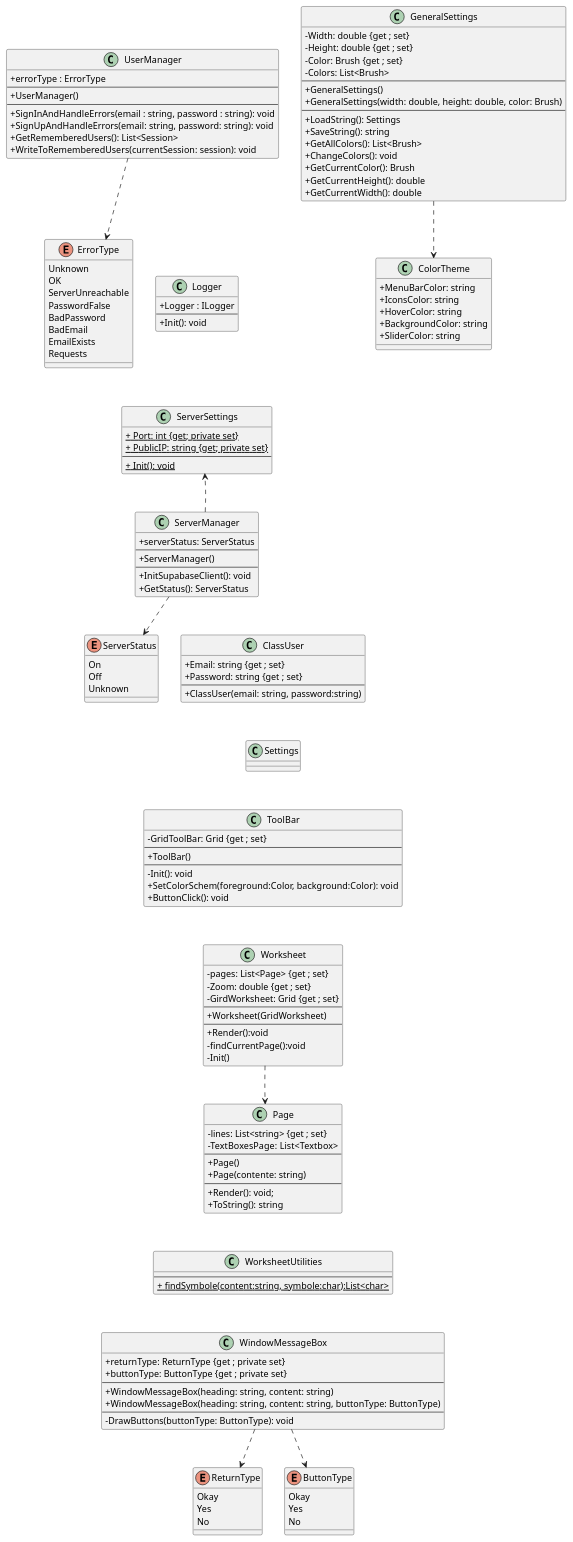
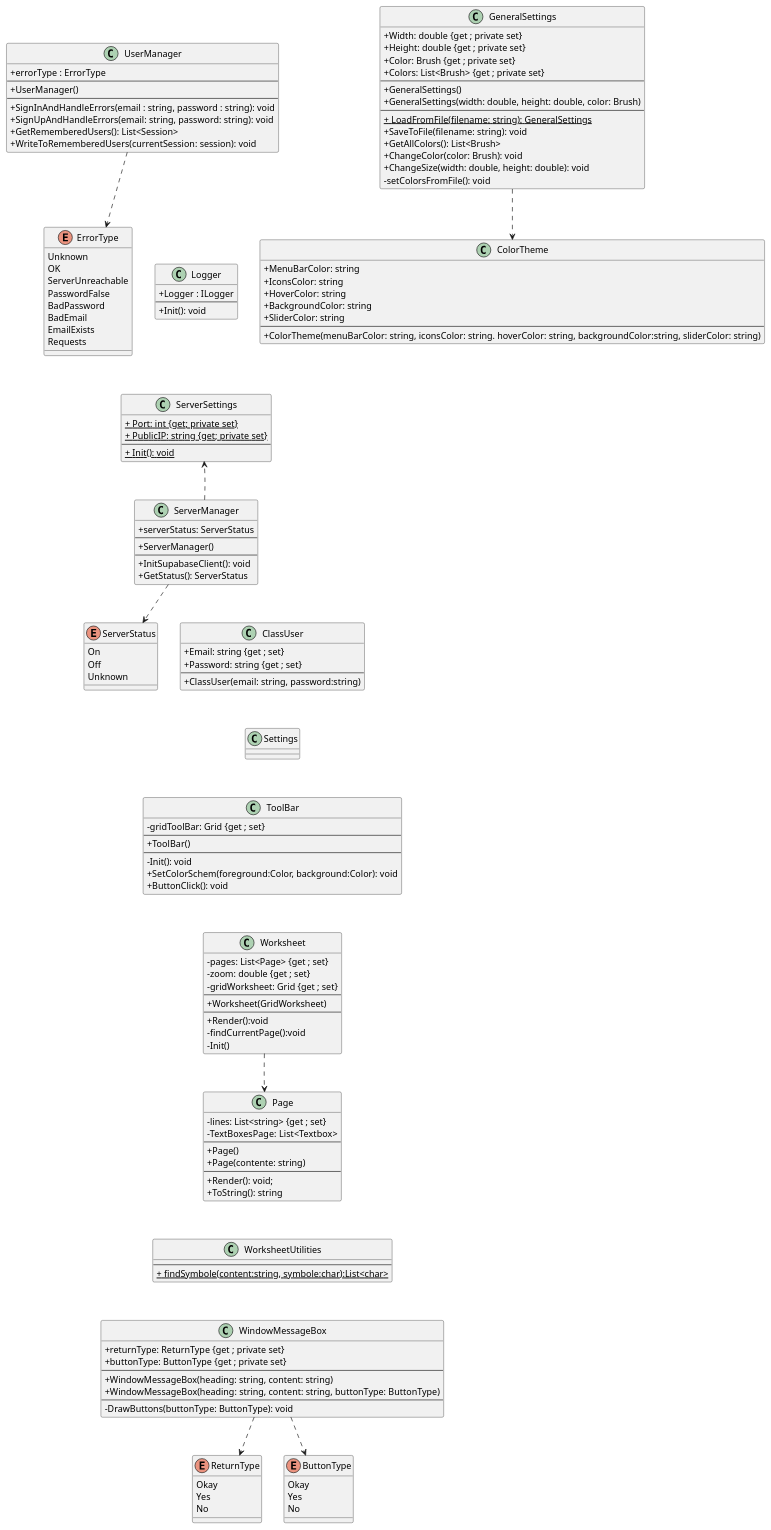
The diagram in doc/idea.md (potexxi/MarkIt), drawn with PlantUML before and after one commit. The commit also changed 1 other file, not shown here.

Commit message:
fix class uml mistakes and start general settings

```diff
--- a/doc/idea.md
+++ b/doc/idea.md
@@ -126,21 +126,20 @@
 }
 
 class GeneralSettings{
-    - Width: double {get ; set}
-    - Height: double {get ; set}
-    - Color: Brush {get ; set}
-    - Colors: List<Brush>
+    + Width: double {get ; private set}
+    + Height: double {get ; private set}
+    + Color: Brush {get ; private set}
+    + Colors: List<Brush> {get ; private set}
     --
     + GeneralSettings()
     + GeneralSettings(width: double, height: double, color: Brush)
     --
-    + LoadString(): Settings
-    + SaveString(): string
+    <u>+ LoadFromFile(filename: string): GeneralSettings
+    + SaveToFile(filename: string): void
     + GetAllColors(): List<Brush>
-    + ChangeColors(): void
-    + GetCurrentColor(): Brush
-    + GetCurrentHeight(): double
-    + GetCurrentWidth(): double
+    + ChangeColor(color: Brush): void
+    + ChangeSize(width: double, height: double): void
+    - setColorsFromFile(): void
 }
 
 class ColorTheme{
@@ -149,12 +148,14 @@
     + HoverColor: string
     + BackgroundColor: string
     + SliderColor: string
+    --
+    + ColorTheme(menuBarColor: string, iconsColor: string. hoverColor: string, backgroundColor:string, sliderColor: string)
 }
 
 GeneralSettings ..> ColorTheme
 
 class ToolBar{
-    - GridToolBar: Grid {get ; set}
+    - gridToolBar: Grid {get ; set}
     --
     + ToolBar()
     --
@@ -165,8 +166,8 @@
 
 class Worksheet{
     - pages: List<Page> {get ; set}
-    - Zoom: double {get ; set}
-    - GirdWorksheet: Grid {get ; set}
+    - zoom: double {get ; set}
+    - gridWorksheet: Grid {get ; set}
     --
     + Worksheet(GridWorksheet)
     --
```
